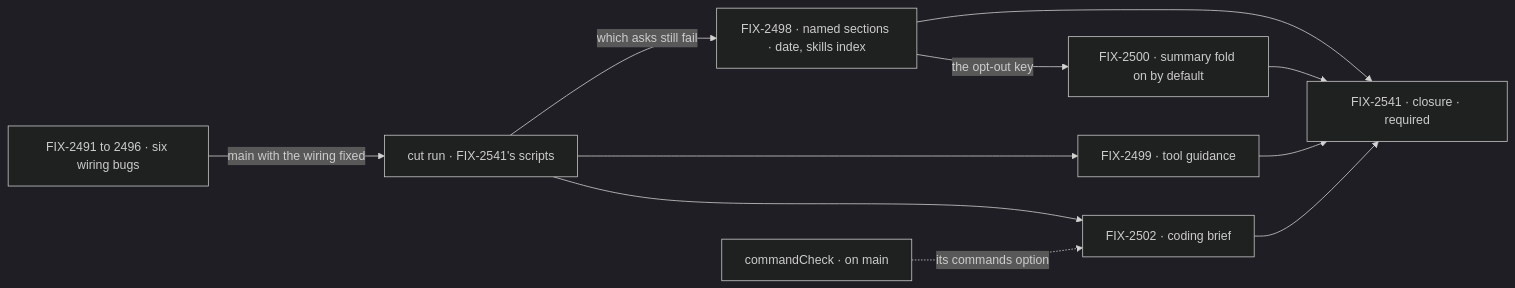
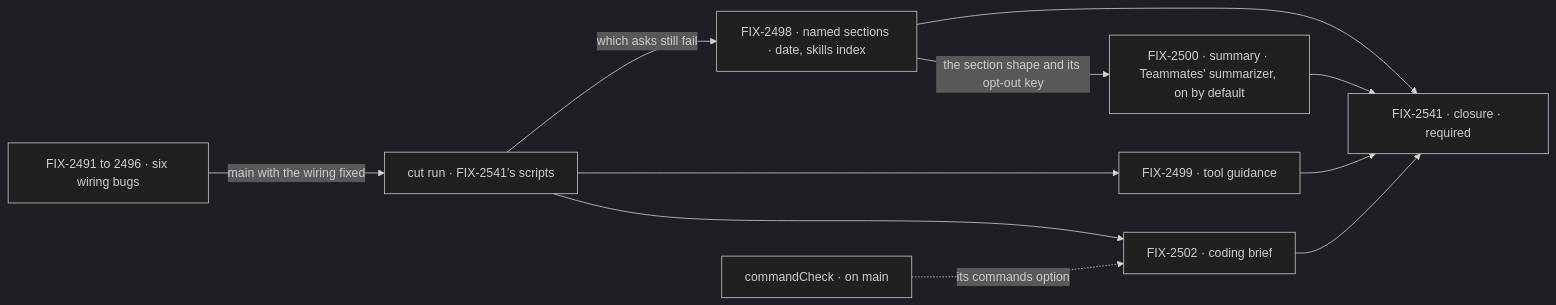
The second of 2 diagrams in specs/epics/FIX-2490/SPEC.md (fixpoint-labs/flow-state-dev), drawn with Mermaid (dark theme) before and after one commit. The commit also changed other lines of this file and 2 other files, not shown here.

First line of the commit message:
spec(epic): FIX-2490 aligns FIX-2500's wording with its spec (#5165)

````diff
--- a/specs/epics/FIX-2490/SPEC.md
+++ b/specs/epics/FIX-2490/SPEC.md
@@ -110,13 +110,13 @@
 ```mermaid
 flowchart LR
   B["FIX-2491 to 2496 · six wiring bugs"] -->|"main with the wiring fixed"| CUT["cut run · FIX-2541's scripts"]
   CUT -->|"which asks still fail"| S["FIX-2498 · named sections · date, skills index"]
-  S -->|"the opt-out key"| K["FIX-2500 · summary fold on by default"]
+  S -->|"the section shape and its opt-out key"| K["FIX-2500 · summary · Teammates' summarizer, on by default"]
   CUT --> T["FIX-2499 · tool guidance"]
   CUT --> H["FIX-2502 · coding brief"]
   X["commandCheck · on main"] -.->|"its commands option"| H
   S --> CL["FIX-2541 · closure · required"]
   K --> CL
   T --> CL
   H --> CL
 ```
````
